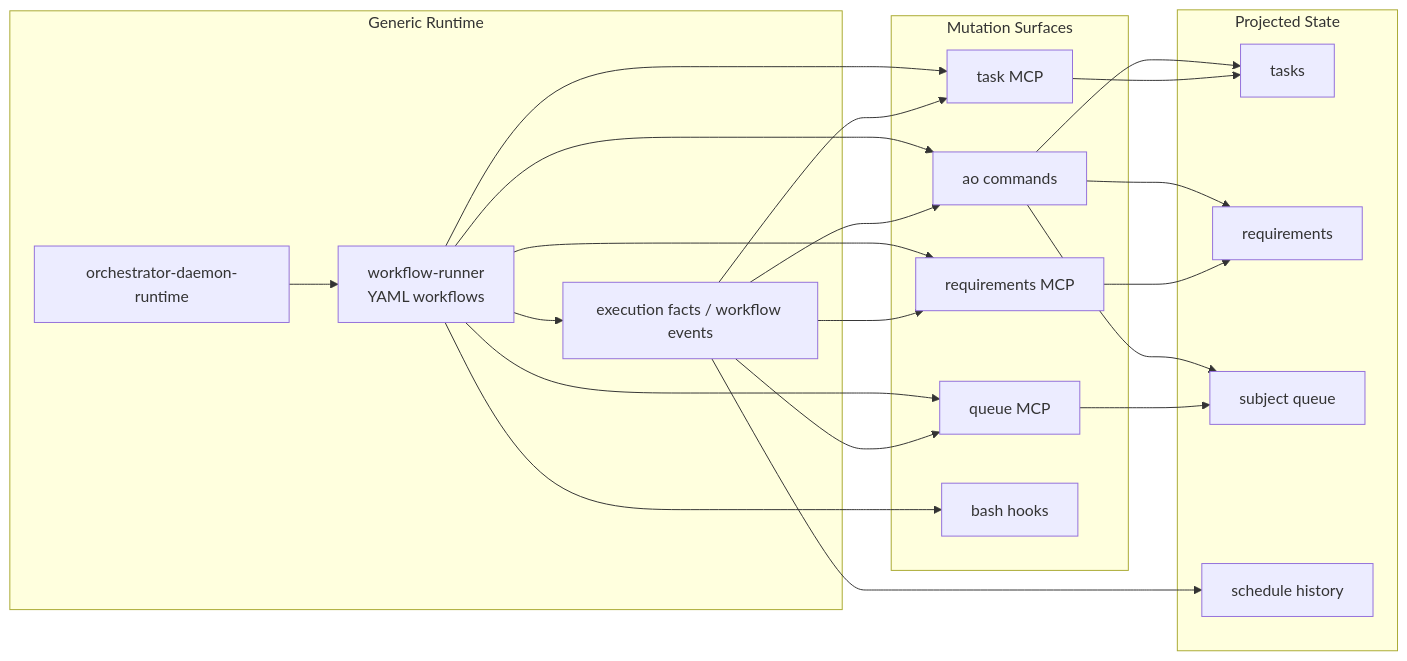
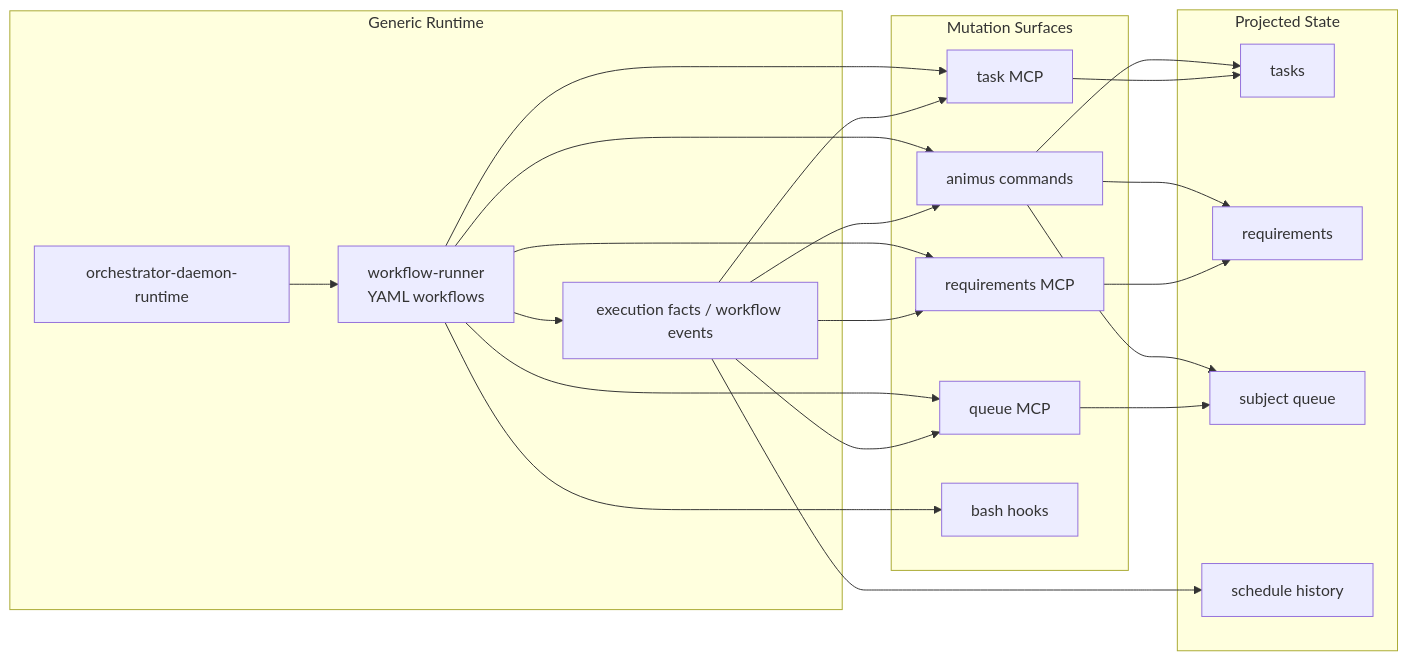
One commit to launchapp-dev/ao-cli changed the diagram in docs/architecture/tool-driven-mutation-surfaces.md. Above: the diagram before and after it, drawn with Mermaid. The commit also changed other lines of this file and 48 other files, not shown here.

````diff
--- a/docs/architecture/tool-driven-mutation-surfaces.md
+++ b/docs/architecture/tool-driven-mutation-surfaces.md
@@ -113,45 +113,45 @@
 ```mermaid
 flowchart LR
   subgraph Runtime["Generic Runtime"]
     DAEMON["orchestrator-daemon-runtime"]
     RUNNER["workflow-runner<br/>YAML workflows"]
     FACTS["execution facts / workflow events"]
   end
 
   subgraph Tools["Mutation Surfaces"]
-    AO["ao commands"]
+    ANIMUS["animus commands"]
     TASKMCP["task MCP"]
     REQMCP["requirements MCP"]
     QUEUEMCP["queue MCP"]
     BASH["bash hooks"]
   end
 
   subgraph State["Projected State"]
     TASKS["tasks"]
     REQS["requirements"]
     QUEUE["subject queue"]
     SCHED["schedule history"]
   end
 
   DAEMON --> RUNNER
   RUNNER --> FACTS
 
-  RUNNER --> AO
+  RUNNER --> ANIMUS
   RUNNER --> TASKMCP
   RUNNER --> REQMCP
   RUNNER --> QUEUEMCP
   RUNNER --> BASH
 
-  FACTS --> AO
+  FACTS --> ANIMUS
   FACTS --> TASKMCP
   FACTS --> REQMCP
   FACTS --> QUEUEMCP
 
-  AO --> TASKS
-  AO --> REQS
-  AO --> QUEUE
+  ANIMUS --> TASKS
+  ANIMUS --> REQS
+  ANIMUS --> QUEUE
   TASKMCP --> TASKS
   REQMCP --> REQS
   QUEUEMCP --> QUEUE
   FACTS --> SCHED
 ```
````
